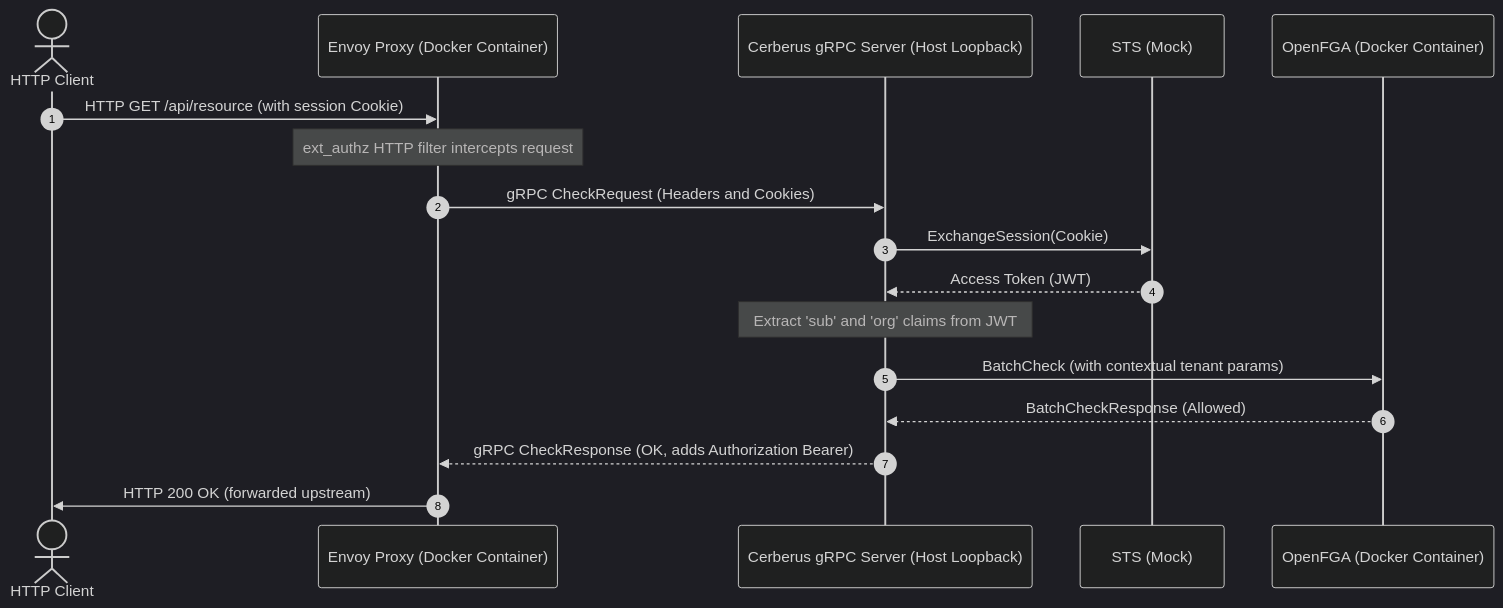
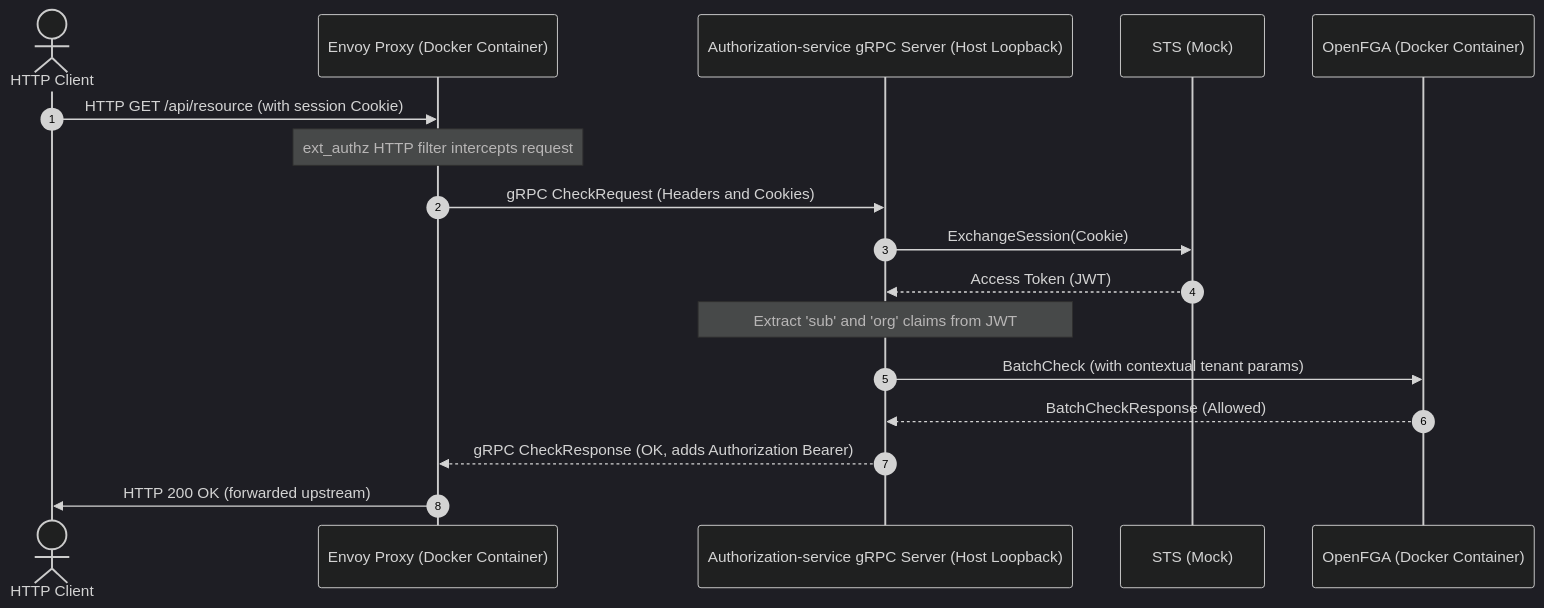
The diagram in tests/integration/check/check_integration_test.md (canonical/authorization-service), drawn with Mermaid (dark theme) before and after one commit. The commit also changed other lines of this file and 3 other files, not shown here.

````diff
--- a/tests/integration/check/check_integration_test.md
+++ b/tests/integration/check/check_integration_test.md
@@ -15,20 +15,20 @@
 ```mermaid
 sequenceDiagram
     autonumber
     actor Client as HTTP Client
     participant Envoy as Envoy Proxy (Docker Container)
-    participant Cerberus as Cerberus gRPC Server (Host Loopback)
+    participant Authorization-service as Authorization-service gRPC Server (Host Loopback)
     participant STS as STS (Mock)
     participant FGA as OpenFGA (Docker Container)
 
     Client->>Envoy: HTTP GET /api/resource (with session Cookie)
     Note over Envoy: ext_authz HTTP filter intercepts request
-    Envoy->>Cerberus: gRPC CheckRequest (Headers and Cookies)
-    Cerberus->>STS: ExchangeSession(Cookie)
-    STS-->>Cerberus: Access Token (JWT)
-    Note over Cerberus: Extract 'sub' and 'org' claims from JWT
-    Cerberus->>FGA: BatchCheck (with contextual tenant params)
-    FGA-->>Cerberus: BatchCheckResponse (Allowed)
-    Cerberus-->>Envoy: gRPC CheckResponse (OK, adds Authorization Bearer)
+    Envoy->>Authorization-service: gRPC CheckRequest (Headers and Cookies)
+    Authorization-service->>STS: ExchangeSession(Cookie)
+    STS-->>Authorization-service: Access Token (JWT)
+    Note over Authorization-service: Extract 'sub' and 'org' claims from JWT
+    Authorization-service->>FGA: BatchCheck (with contextual tenant params)
+    FGA-->>Authorization-service: BatchCheckResponse (Allowed)
+    Authorization-service-->>Envoy: gRPC CheckResponse (OK, adds Authorization Bearer)
     Envoy->>Client: HTTP 200 OK (forwarded upstream)
 ```
````
